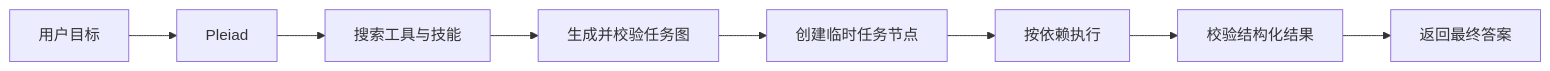
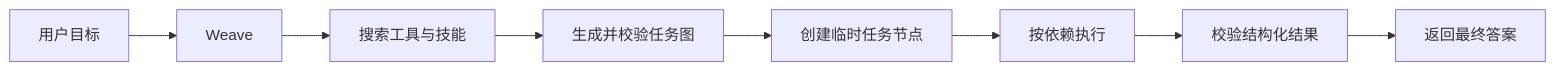
The diagram in README.md (RyzeAngler/Pleiad), drawn with Mermaid before and after one commit. The commit also changed other lines of this file and 364 other files, not shown here.

First line of the commit message:
refactor!: separate Pleiad runtime from Weave application

````diff
--- a/README.md
+++ b/README.md
@@ -32,10 +32,10 @@
 ```mermaid
 flowchart LR
-    U[用户目标] --> P[Pleiad]
+    U[用户目标] --> P[Weave]
     P --> C[搜索工具与技能]
     C --> G[生成并校验任务图]
     G --> N[创建临时任务节点]
     N --> E[按依赖执行]
     E --> V[校验结构化结果]
     V --> A[返回最终答案]
 ```
````
